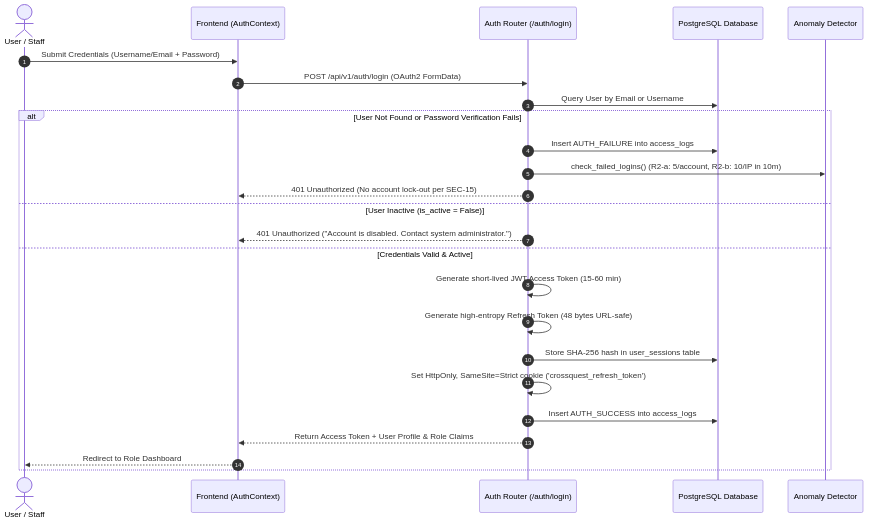
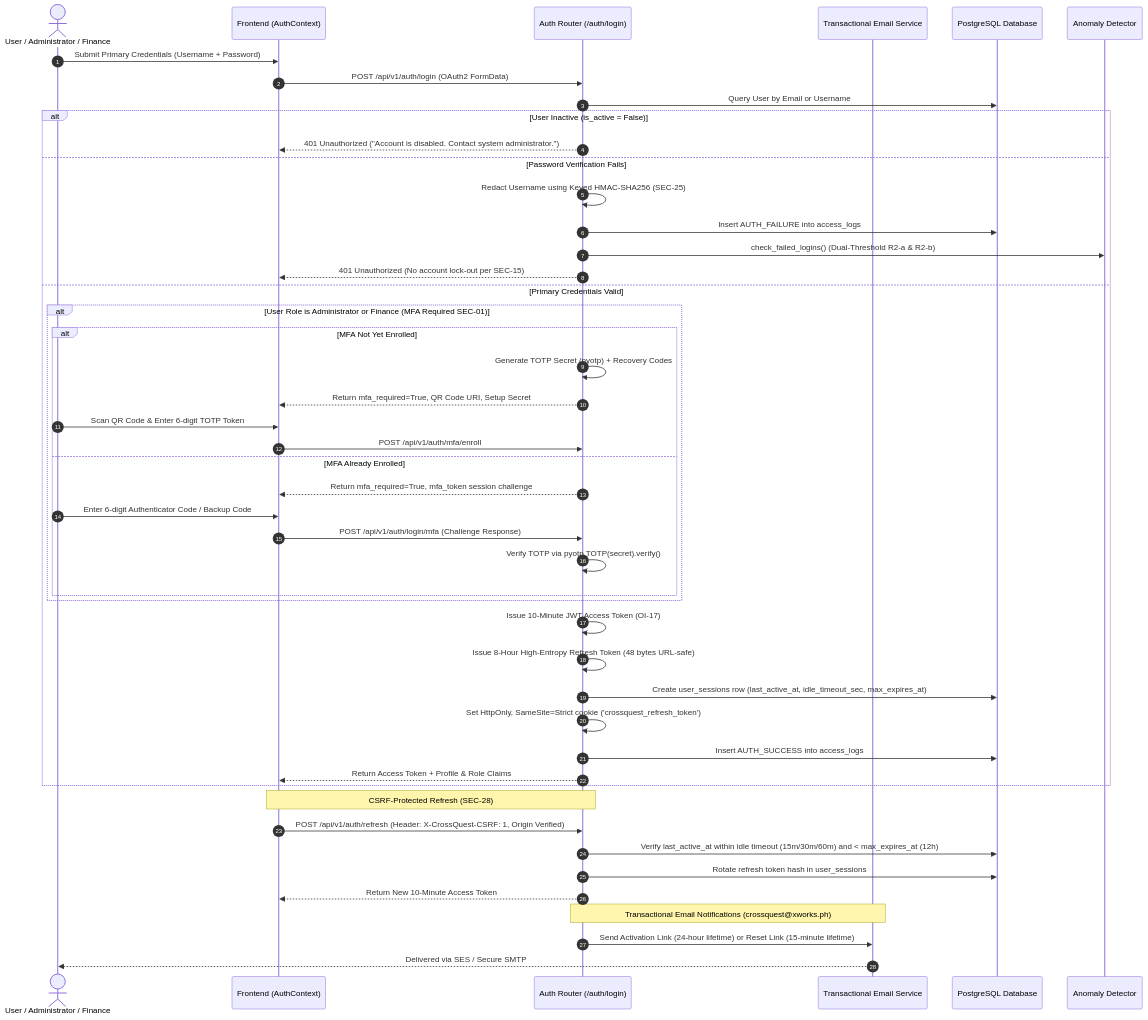
Before and after one commit to UniDra0318/CrossQuest: the third of 10 diagrams in SYSTEM_ARCHITECTURE.md, drawn with Mermaid. The commit also changed other lines of this file, not shown here.

Commit message:
docs: update SYSTEM_ARCHITECTURE.md with Phases 0-6 architectural additions

````diff
--- a/SYSTEM_ARCHITECTURE.md
+++ b/SYSTEM_ARCHITECTURE.md
@@ -102,29 +114,54 @@
 ```mermaid
 sequenceDiagram
     autonumber
-    actor User as User / Staff
+    actor User as User / Administrator / Finance
     participant Client as Frontend (AuthContext)
     participant AuthAPI as Auth Router (/auth/login)
+    participant EmailSvc as Transactional Email Service
     participant DB as PostgreSQL Database
     participant Detector as Anomaly Detector
 
-    User->>Client: Submit Credentials (Username/Email + Password)
+    User->>Client: Submit Primary Credentials (Username + Password)
     Client->>AuthAPI: POST /api/v1/auth/login (OAuth2 FormData)
     AuthAPI->>DB: Query User by Email or Username
     
-    alt User Not Found or Password Verification Fails
+    alt User Inactive (is_active = False)
+        AuthAPI-->>Client: 401 Unauthorized ("Account is disabled. Contact system administrator.")
+    else Password Verification Fails
+        AuthAPI->>AuthAPI: Redact Username using Keyed HMAC-SHA256 (SEC-25)
         AuthAPI->>DB: Insert AUTH_FAILURE into access_logs
-        AuthAPI->>Detector: check_failed_logins() (R2-a: 5/account, R2-b: 10/IP in 10m)
+        AuthAPI->>Detector: check_failed_logins() (Dual-Threshold R2-a & R2-b)
         AuthAPI-->>Client: 401 Unauthorized (No account lock-out per SEC-15)
-    else User Inactive (is_active = False)
-        AuthAPI-->>Client: 401 Unauthorized ("Account is disabled. Contact system administrator.")
-    else Credentials Valid & Active
-        AuthAPI->>AuthAPI: Generate short-lived JWT Access Token (15-60 min)
-        AuthAPI->>AuthAPI: Generate high-entropy Refresh Token (48 bytes URL-safe)
-        AuthAPI->>DB: Store SHA-256 hash in user_sessions table
+    else Primary Credentials Valid
+        alt User Role is Administrator or Finance (MFA Required SEC-01)
+            alt MFA Not Yet Enrolled
+                AuthAPI->>AuthAPI: Generate TOTP Secret (pyotp) + Recovery Codes
+                AuthAPI-->>Client: Return mfa_required=True, QR Code URI, Setup Secret
+                User->>Client: Scan QR Code & Enter 6-digit TOTP Token
+                Client->>AuthAPI: POST /api/v1/auth/mfa/enroll
+            else MFA Already Enrolled
+                AuthAPI-->>Client: Return mfa_required=True, mfa_token session challenge
+                User->>Client: Enter 6-digit Authenticator Code / Backup Code
+                Client->>AuthAPI: POST /api/v1/auth/login/mfa (Challenge Response)
+                AuthAPI->>AuthAPI: Verify TOTP via pyotp.TOTP(secret).verify()
+            end
+        end
+        
+        AuthAPI->>AuthAPI: Issue 10-Minute JWT Access Token (OI-17)
+        AuthAPI->>AuthAPI: Issue 8-Hour High-Entropy Refresh Token (48 bytes URL-safe)
+        AuthAPI->>DB: Create user_sessions row (last_active_at, idle_timeout_sec, max_expires_at)
         AuthAPI->>AuthAPI: Set HttpOnly, SameSite=Strict cookie ('crossquest_refresh_token')
         AuthAPI->>DB: Insert AUTH_SUCCESS into access_logs
-        AuthAPI-->>Client: Return Access Token + User Profile & Role Claims
-        Client-->>User: Redirect to Role Dashboard
+        AuthAPI-->>Client: Return Access Token + Profile & Role Claims
     end
+
+    Note over Client,AuthAPI: CSRF-Protected Refresh (SEC-28)
+    Client->>AuthAPI: POST /api/v1/auth/refresh (Header: X-CrossQuest-CSRF: 1, Origin Verified)
+    AuthAPI->>DB: Verify last_active_at within idle timeout (15m/30m/60m) and < max_expires_at (12h)
+    AuthAPI->>DB: Rotate refresh token hash in user_sessions
+    AuthAPI-->>Client: Return New 10-Minute Access Token
+
+    Note over AuthAPI,EmailSvc: Transactional Email Notifications (crossquest@xworks.ph)
+    AuthAPI->>EmailSvc: Send Activation Link (24-hour lifetime) or Reset Link (15-minute lifetime)
+    EmailSvc-->>User: Delivered via SES / Secure SMTP
 ```
````
